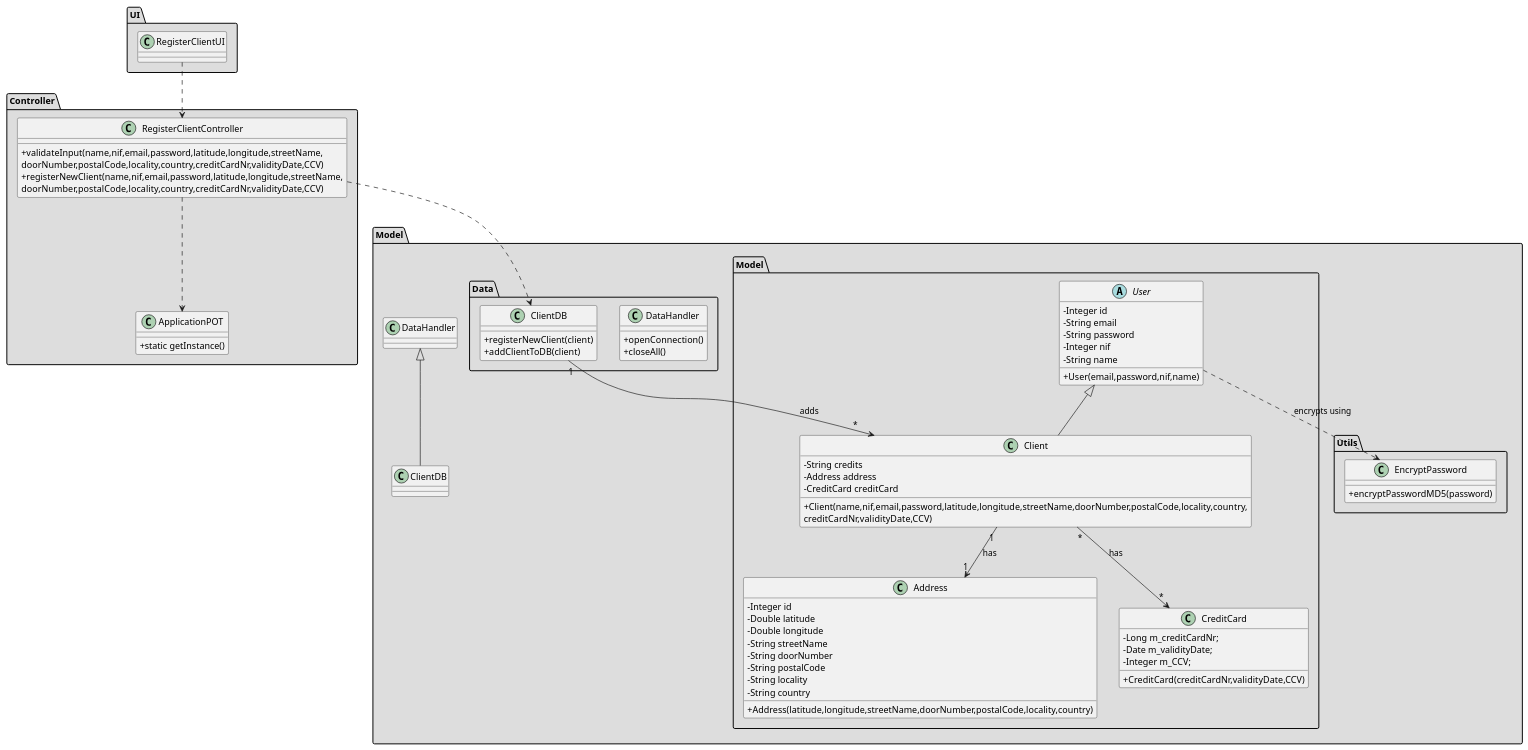
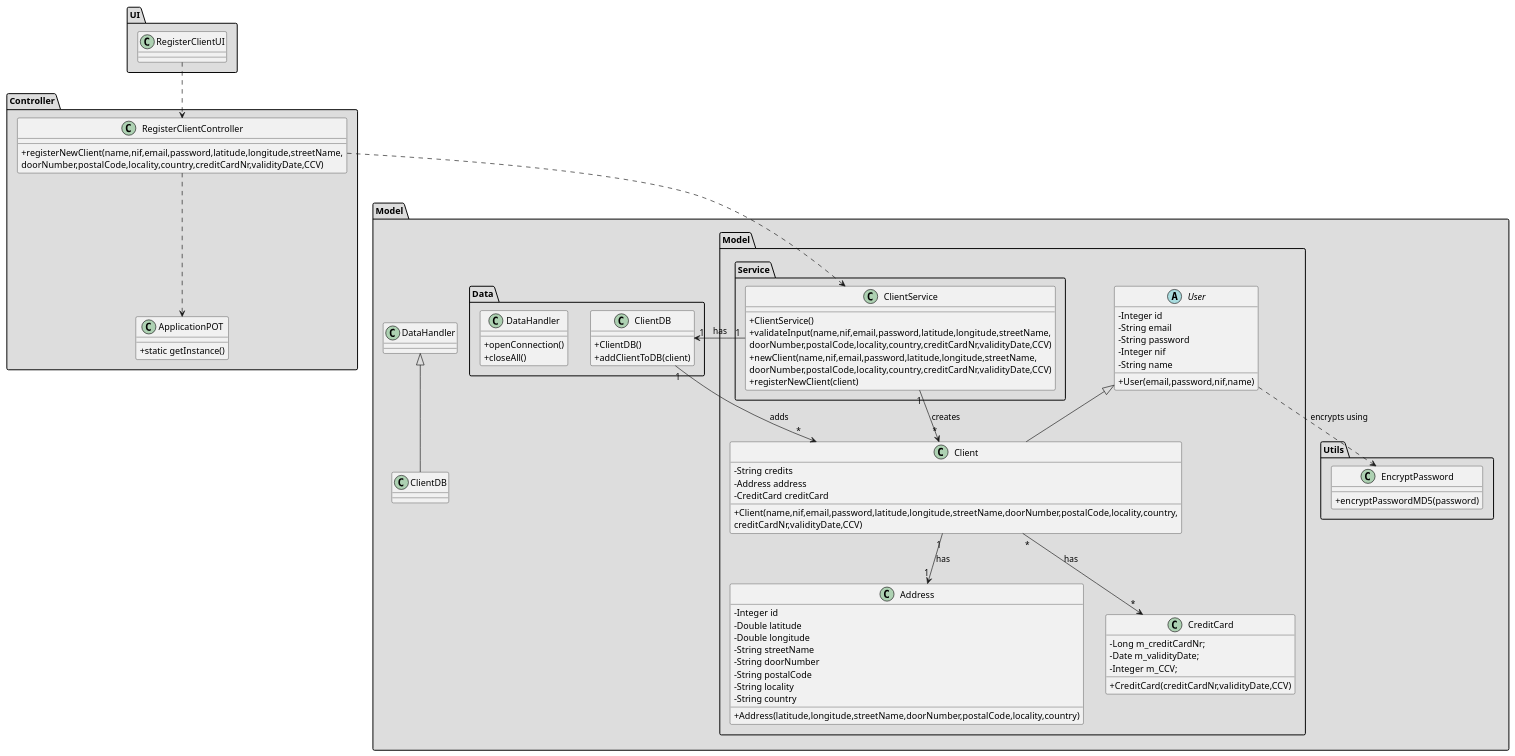
Before and after one commit to tiagoavcosta25/LAPR3: the diagram in docs/Iteration 2/User Management/Refinement/US18_RegisterClient/US18_CD.puml, drawn with PlantUML. The commit also changed 10 other files, not shown here.

```diff
--- a/docs/Iteration 2/User Management/Refinement/US18_RegisterClient/US18_CD.puml
+++ b/docs/Iteration 2/User Management/Refinement/US18_RegisterClient/US18_CD.puml
@@ -1,107 +1,120 @@
 @startuml
 skinparam classAttributeIconSize 0
 
 
 package "Controller" #DDDDDD {
 class ApplicationPOT
 {
   +static getInstance()
 }
 }
 
 
 package "UI" #DDDDDD {
 class RegisterClientUI{
 
 }
 }
 
 
 package "Controller" #DDDDDD {
 class RegisterClientController{
-+validateInput(name,nif,email,password,latitude,longitude,streetName,\ndoorNumber,postalCode,locality,country,creditCardNr,validityDate,CCV)
 +registerNewClient(name,nif,email,password,latitude,longitude,streetName,\ndoorNumber,postalCode,locality,country,creditCardNr,validityDate,CCV)
 }
 }
 
 
 package "Model" #DDDDDD {
 
 
 
 
 
 
 package "Model" #DDDDDD {
 abstract class User{
 -Integer id
 -String email
 -String password
 -Integer nif
 -String name
 +User(email,password,nif,name)
+}
+
+package Service #DDDDDD {
+
+class ClientService{
++ClientService()
++validateInput(name,nif,email,password,latitude,longitude,streetName,\ndoorNumber,postalCode,locality,country,creditCardNr,validityDate,CCV)
++newClient(name,nif,email,password,latitude,longitude,streetName,\ndoorNumber,postalCode,locality,country,creditCardNr,validityDate,CCV)
++registerNewClient(client)
+}
+
 }
 
 class Client extends User
 
 class Client{
 -String credits
 -Address address
 -CreditCard creditCard
 +Client(name,nif,email,password,latitude,longitude,streetName,doorNumber,postalCode,locality,country,
                         creditCardNr,validityDate,CCV)
 }
 
 class Address{
 -Integer id
 -Double latitude
 -Double longitude
 -String streetName
 -String doorNumber
 -String postalCode
 -String locality
 -String country
 +Address(latitude,longitude,streetName,doorNumber,postalCode,locality,country)
 }
 
 class CreditCard{
 -Long m_creditCardNr;
 -Date m_validityDate;
 -Integer m_CCV;
 +CreditCard(creditCardNr,validityDate,CCV)
 }
 
 }
 
 
 package "Data" #DDDDDD {
 class DataHandler{
 +openConnection()
 +closeAll()
 }
 
  class ClientDB{
- +registerNewClient(client)
+ +ClientDB()
  +addClientToDB(client)
  }
 
 }
 
 package "Utils" #DDDDDD {
 class EncryptPassword {
 +encryptPasswordMD5(password)
 }
 
 }
 
 
+
 RegisterClientUI ..> RegisterClientController
 RegisterClientController ..> ApplicationPOT
-RegisterClientController ..> ClientDB
+RegisterClientController ..> ClientService
+ClientService "1" --> "*" Client : creates
+ClientService "1" -> "1" ClientDB : has
 ClientDB "1" --> "*" Client : adds
 class ClientDB extends DataHandler
 Client "1" --> "1" Address : has
 Client "*" --> "*" CreditCard : has
 User ..> EncryptPassword : encrypts using
 
 @enduml
```
